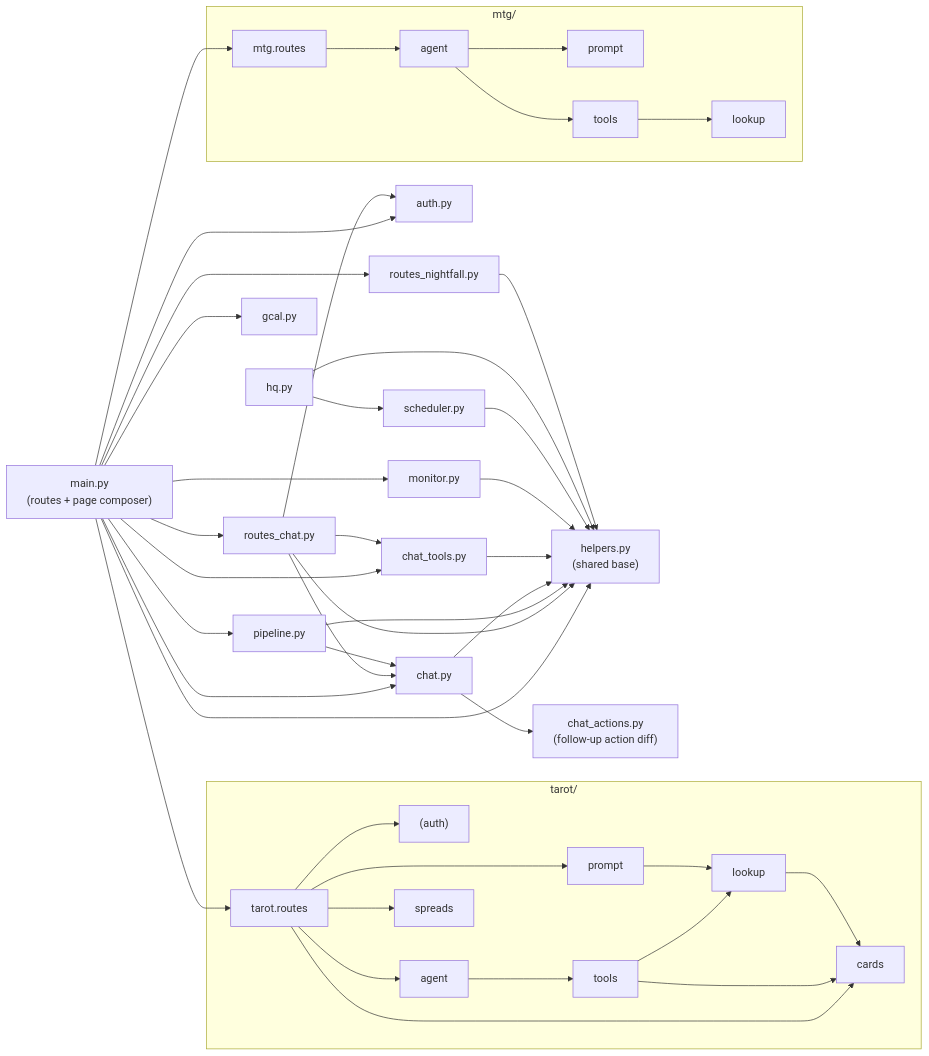
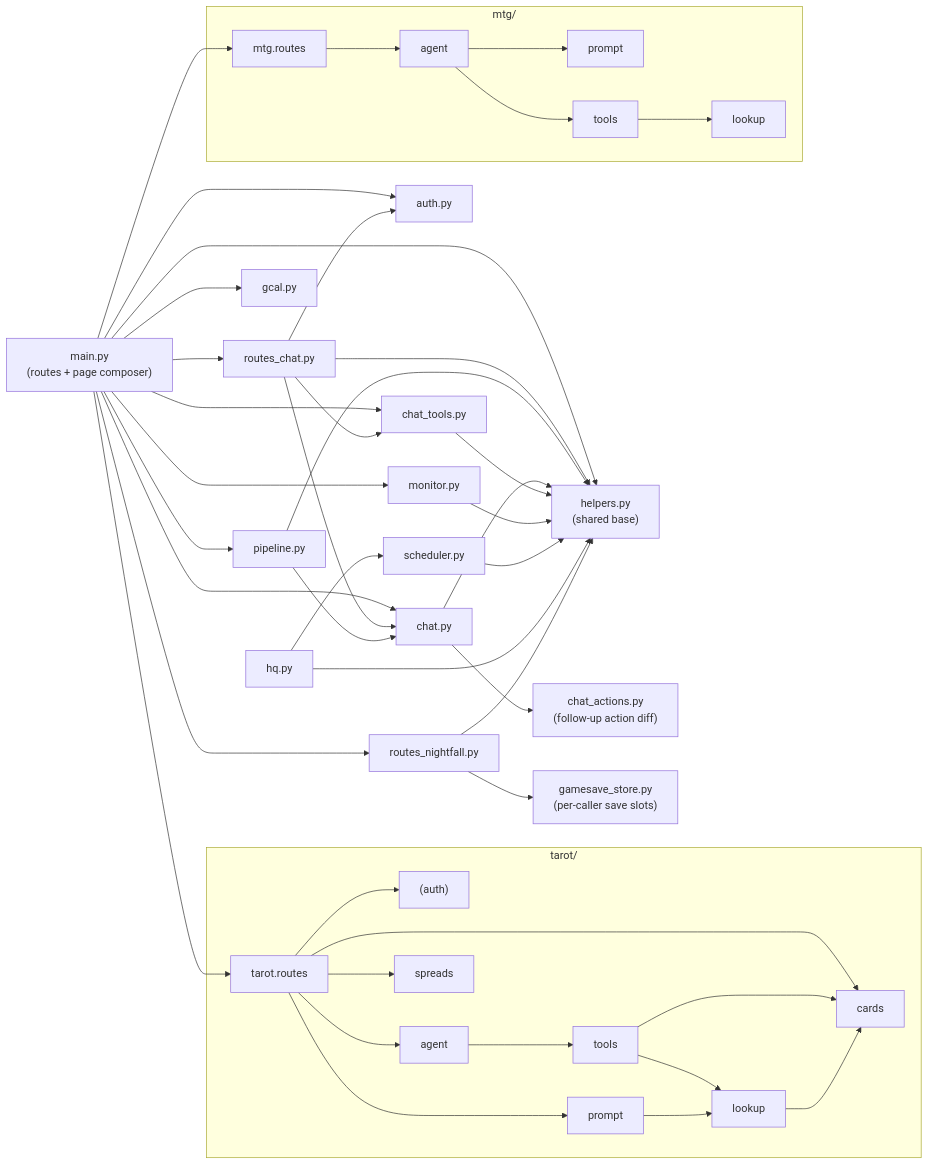
The second of 8 diagrams in ARCHITECTURE.md (wai-lau/exec-fn), drawn with Mermaid before and after one commit. The commit also changed 6 other files, not shown here.

````diff
--- a/ARCHITECTURE.md
+++ b/ARCHITECTURE.md
@@ -81,64 +81,66 @@
 ```mermaid
 flowchart LR
   main["main.py<br/>(routes + page composer)"]
   auth["auth.py"]
   helpers["helpers.py<br/>(shared base)"]
   pipeline["pipeline.py"]
   scheduler["scheduler.py"]
   monitor["monitor.py"]
   hq["hq.py"]
   chat["chat.py"]
   chat_tools["chat_tools.py"]
   chat_actions["chat_actions.py<br/>(follow-up action diff)"]
   routes_chat["routes_chat.py"]
   routes_night["routes_nightfall.py"]
+  gamesave["gamesave_store.py<br/>(per-caller save slots)"]
   gcal["gcal.py"]
 
   main --> pipeline
   main --> gcal
   main --> chat
   main --> chat_tools
   main --> helpers
   main --> routes_night
   main --> routes_chat
   main --> monitor
   main --> auth
   main --> mtgr["mtg.routes"]
   main --> tarr["tarot.routes"]
 
+  routes_night --> gamesave
   routes_chat --> auth
   routes_chat --> chat
   routes_chat --> chat_tools
   routes_chat --> helpers
 
   pipeline --> helpers
   pipeline --> chat
   chat --> helpers
   chat --> chat_actions
   chat_tools --> helpers
   monitor --> helpers
   scheduler --> helpers
   hq --> helpers
   hq --> scheduler
   routes_night --> helpers
 
   subgraph tarot["tarot/"]
     tarr --> tauth["(auth)"]
     tarr --> tag["agent"]
     tarr --> tcards["cards"]
     tarr --> tprompt["prompt"]
     tarr --> tspreads["spreads"]
     tag --> ttools["tools"]
     ttools --> tcards
     ttools --> tlookup["lookup"]
     tprompt --> tlookup
     tlookup --> tcards
   end
 
   subgraph mtg["mtg/"]
     mtgr --> mag["agent"]
     mag --> mprompt["prompt"]
     mag --> mtools["tools"]
     mtools --> mlookup["lookup"]
   end
 ```
````
